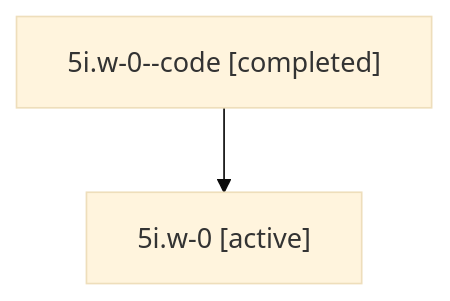
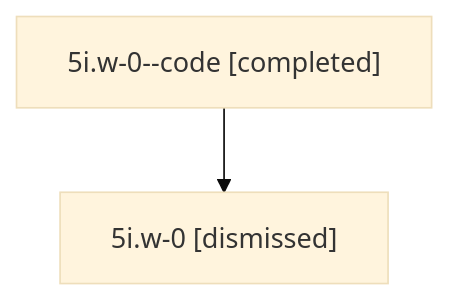
One commit to sase-org/sase--agents changed the diagram in sessions/bbugyi200.athena.5i.w-0.md. Above: the diagram before and after it, drawn with Mermaid (base theme). The commit also changed other lines of this file and 42 other files, not shown here.

````diff
--- a/sessions/bbugyi200.athena.5i.w-0.md
+++ b/sessions/bbugyi200.athena.5i.w-0.md
@@ -9,6 +9,6 @@
 ```mermaid
 flowchart TD
   n0["5i.w-0--code [completed]"]
-  n1["5i.w-0 [active]"]
+  n1["5i.w-0 [dismissed]"]
   n0 --> n1
 ```
````
